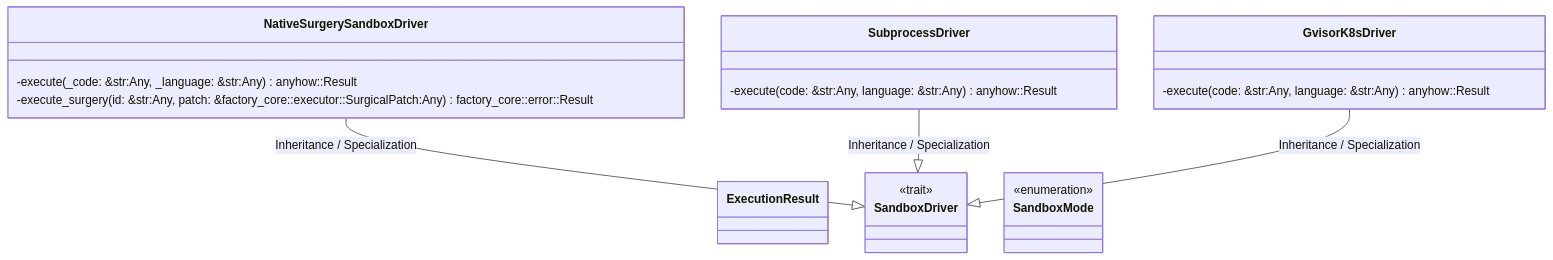
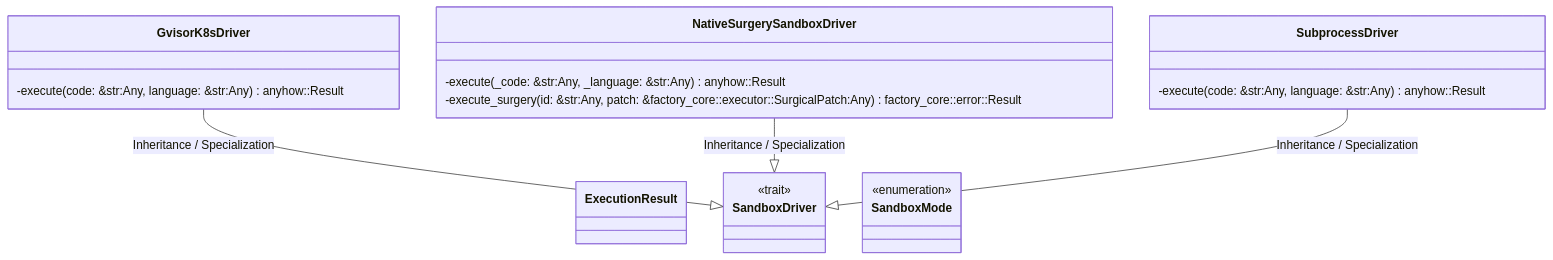
One commit to lgcorzo/rust_CACD_autonomous_factory changed the first of 2 diagrams in openwiki/crates_factory-mcp-server_src_sandbox_rs.md. Above: the diagram before and after it, drawn with Mermaid. The commit also changed other lines of this file and 78 other files, not shown here.

````diff
--- a/openwiki/crates_factory-mcp-server_src_sandbox_rs.md
+++ b/openwiki/crates_factory-mcp-server_src_sandbox_rs.md
@@ -219,26 +219,26 @@
 ```mermaid
 classDiagram
     direction BT
     class ExecutionResult {
     }
-    class SandboxDriver {
-        <<trait>>
+    class GvisorK8sDriver {
+        -execute(code: &str:Any, language: &str:Any) anyhow::Result<ExecutionResult>
     }
+    SandboxDriver <|-- GvisorK8sDriver : Inheritance / Specialization
     class NativeSurgerySandboxDriver {
         -execute(_code: &str:Any, _language: &str:Any) anyhow::Result<ExecutionResult>
         -execute_surgery(id: &str:Any, patch: &factory_core::executor::SurgicalPatch:Any) factory_core::error::Result<factory_core::executor::ExecutionResult>
     }
     SandboxDriver <|-- NativeSurgerySandboxDriver : Inheritance / Specialization
+    class SandboxDriver {
+        <<trait>>
+    }
+    class SandboxMode {
+        <<enumeration>>
+    }
     class SubprocessDriver {
         -execute(code: &str:Any, language: &str:Any) anyhow::Result<ExecutionResult>
     }
     SandboxDriver <|-- SubprocessDriver : Inheritance / Specialization
-    class SandboxMode {
-        <<enumeration>>
-    }
-    class GvisorK8sDriver {
-        -execute(code: &str:Any, language: &str:Any) anyhow::Result<ExecutionResult>
-    }
-    SandboxDriver <|-- GvisorK8sDriver : Inheritance / Specialization
 
 ```
````
